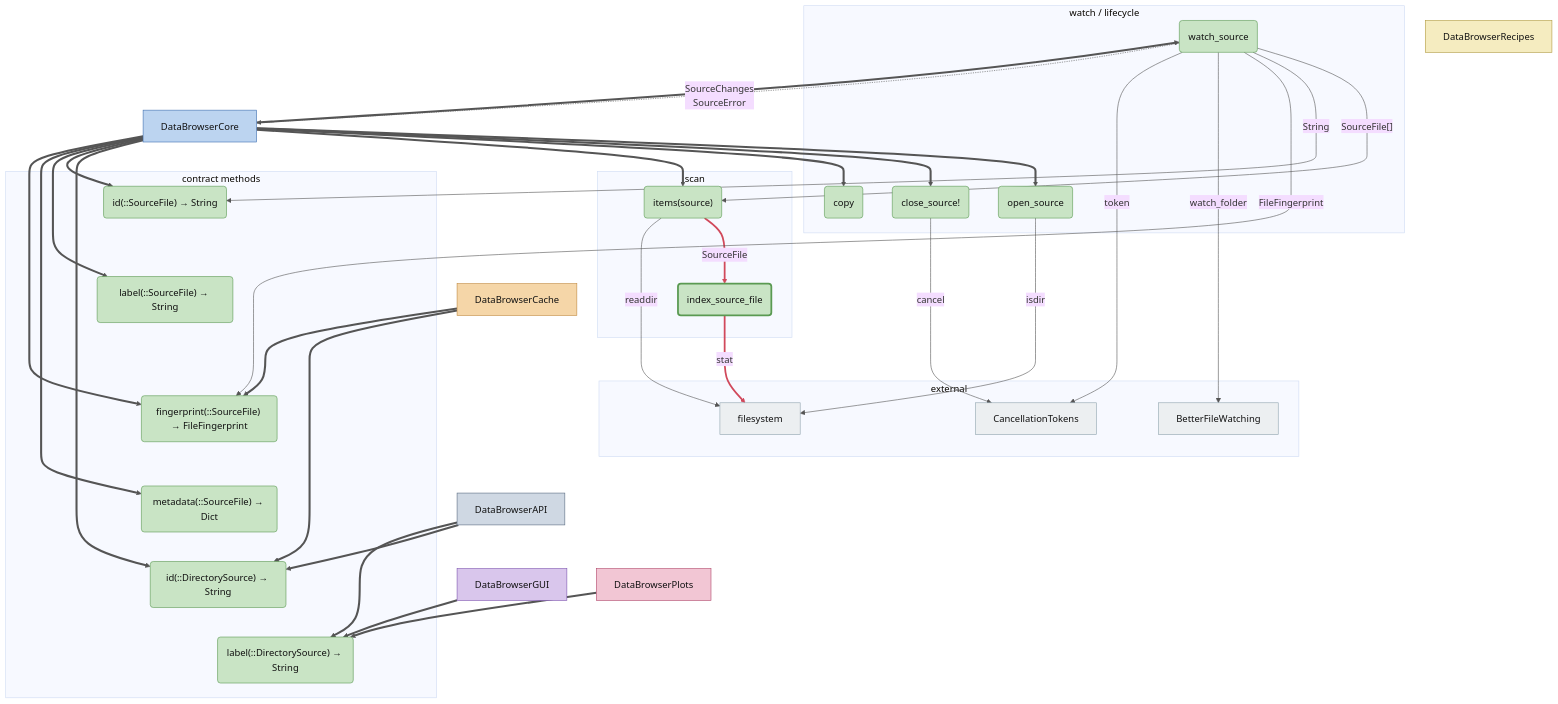
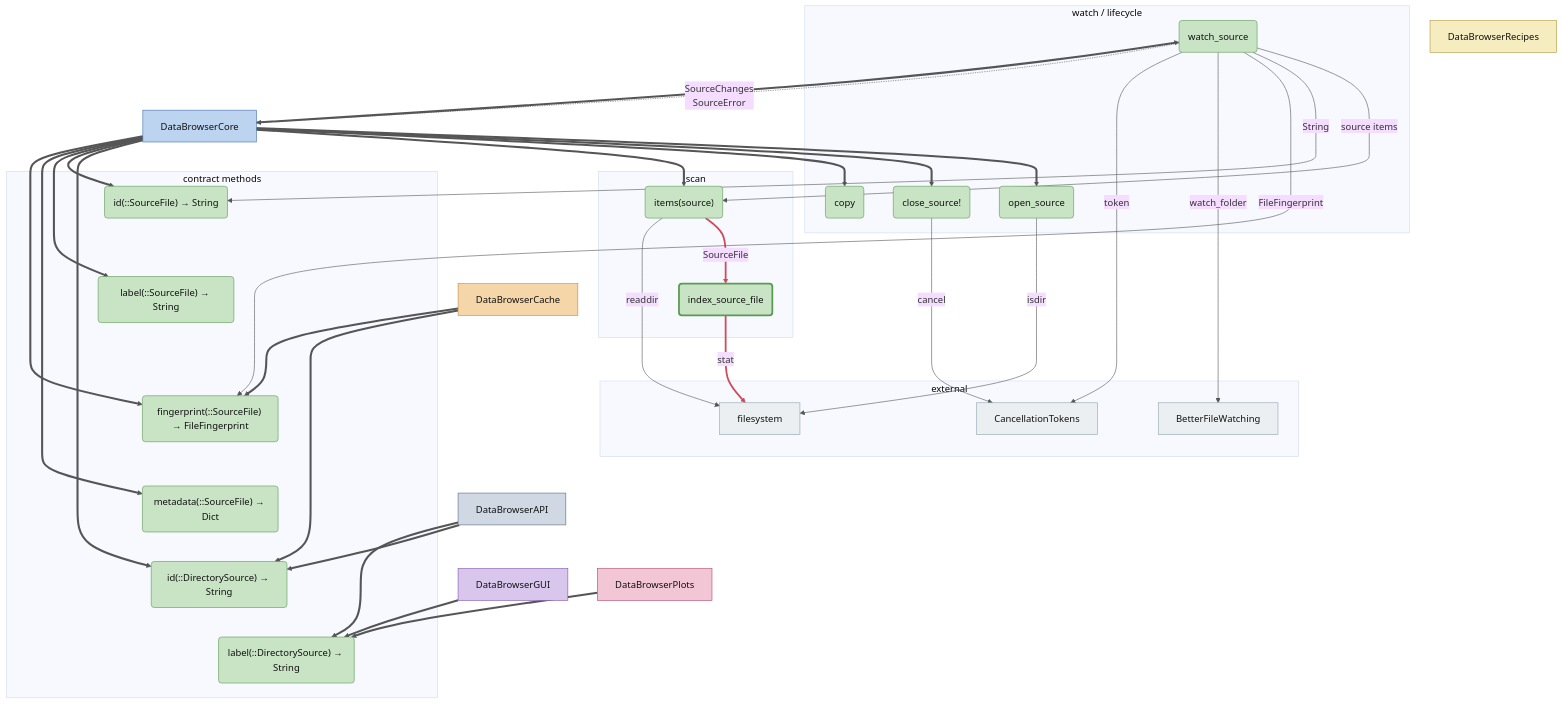
One commit to digiefel/DataBrowser changed the fifth of 5 diagrams in docs/ARCHITECTURE.md. Above: the diagram before and after it, drawn with Mermaid. The commit also changed other lines of this file and 8 other files, not shown here.

```diff
--- a/docs/ARCHITECTURE.md
+++ b/docs/ARCHITECTURE.md
@@ -336,7 +345,7 @@
     isf -->|"stat"| FSYS
 
     osrc -->|"isdir"| FSYS
-    wsrc -->|"SourceFile[]"| si
+    wsrc -->|"source items"| si
     wsrc -->|"String"| idsf
     wsrc -->|"FileFingerprint"| fpsf
     wsrc -->|"watch_folder"| BFW
```
